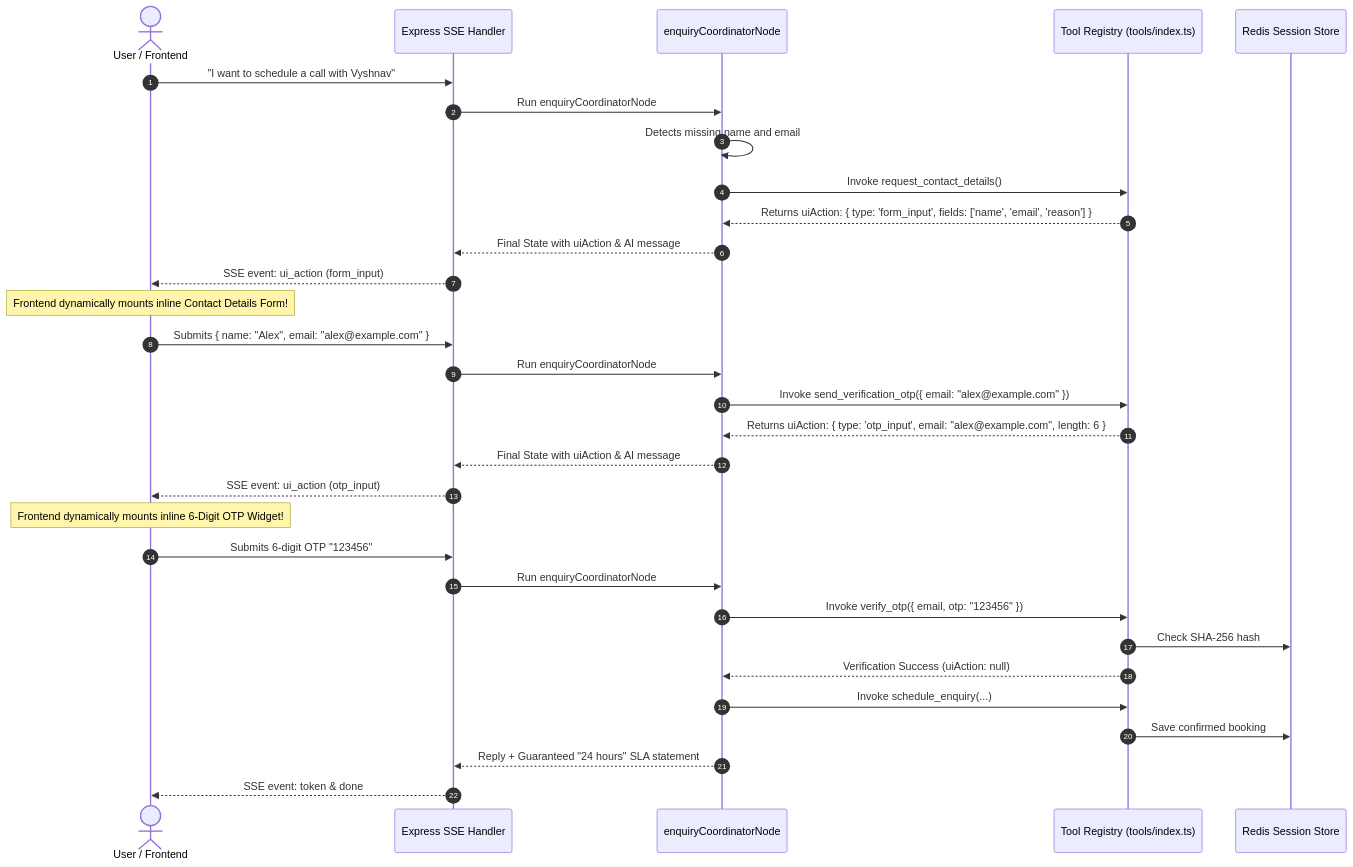
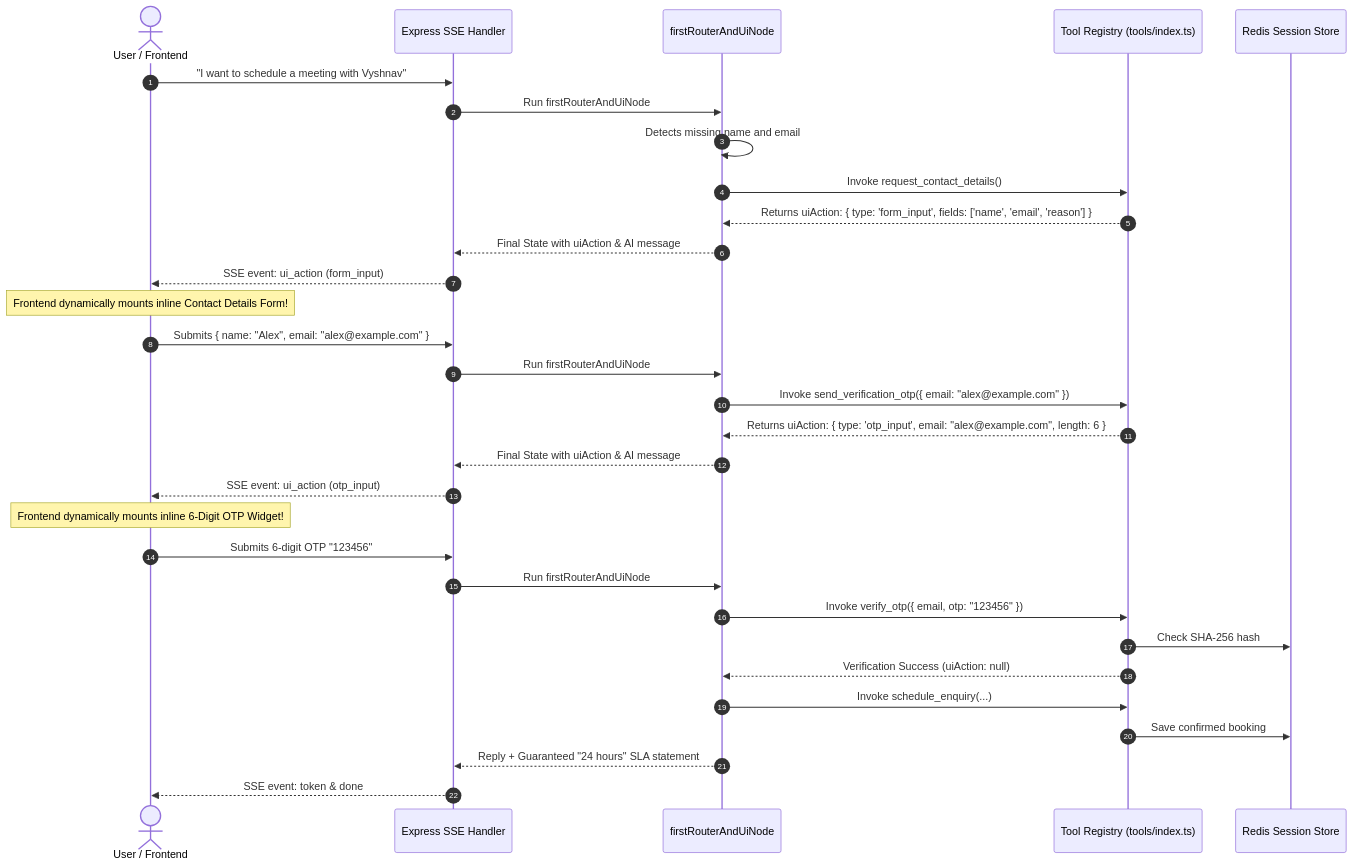
The second of 3 diagrams in docs/ARCHITECTURE.md (vyshn4v/YohoAiAgent), drawn with Mermaid before and after one commit. The commit also changed other lines of this file and 2 other files, not shown here.

Commit message:
docs: update ARCHITECTURE.md, README.md, and FRONTEND_INTEGRATION_GUIDE.md to reflect Gemini provider, profile.json slicing, and YohoAiAgent

````diff
--- a/docs/ARCHITECTURE.md
+++ b/docs/ARCHITECTURE.md
@@ -135,36 +154,36 @@
 ```mermaid
 sequenceDiagram
     autonumber
     actor User as User / Frontend
     participant Server as Express SSE Handler
-    participant Agent as enquiryCoordinatorNode
+    participant Agent as firstRouterAndUiNode
     participant Tools as Tool Registry (tools/index.ts)
     participant Redis as Redis Session Store
 
-    User->>Server: "I want to schedule a call with Vyshnav"
-    Server->>Agent: Run enquiryCoordinatorNode
+    User->>Server: "I want to schedule a meeting with Vyshnav"
+    Server->>Agent: Run firstRouterAndUiNode
     Agent->>Agent: Detects missing name and email
     Agent->>Tools: Invoke request_contact_details()
     Tools-->>Agent: Returns uiAction: { type: 'form_input', fields: ['name', 'email', 'reason'] }
     Agent-->>Server: Final State with uiAction & AI message
     Server-->>User: SSE event: ui_action (form_input)
     Note over User: Frontend dynamically mounts inline Contact Details Form!
 
     User->>Server: Submits { name: "Alex", email: "alex@example.com" }
-    Server->>Agent: Run enquiryCoordinatorNode
+    Server->>Agent: Run firstRouterAndUiNode
     Agent->>Tools: Invoke send_verification_otp({ email: "alex@example.com" })
     Tools-->>Agent: Returns uiAction: { type: 'otp_input', email: "alex@example.com", length: 6 }
     Agent-->>Server: Final State with uiAction & AI message
     Server-->>User: SSE event: ui_action (otp_input)
     Note over User: Frontend dynamically mounts inline 6-Digit OTP Widget!
 
     User->>Server: Submits 6-digit OTP "123456"
-    Server->>Agent: Run enquiryCoordinatorNode
+    Server->>Agent: Run firstRouterAndUiNode
     Agent->>Tools: Invoke verify_otp({ email, otp: "123456" })
     Tools->>Redis: Check SHA-256 hash
     Tools-->>Agent: Verification Success (uiAction: null)
     Agent->>Tools: Invoke schedule_enquiry(...)
     Tools->>Redis: Save confirmed booking
     Agent-->>Server: Reply + Guaranteed "24 hours" SLA statement
     Server-->>User: SSE event: token & done
 ```
````
